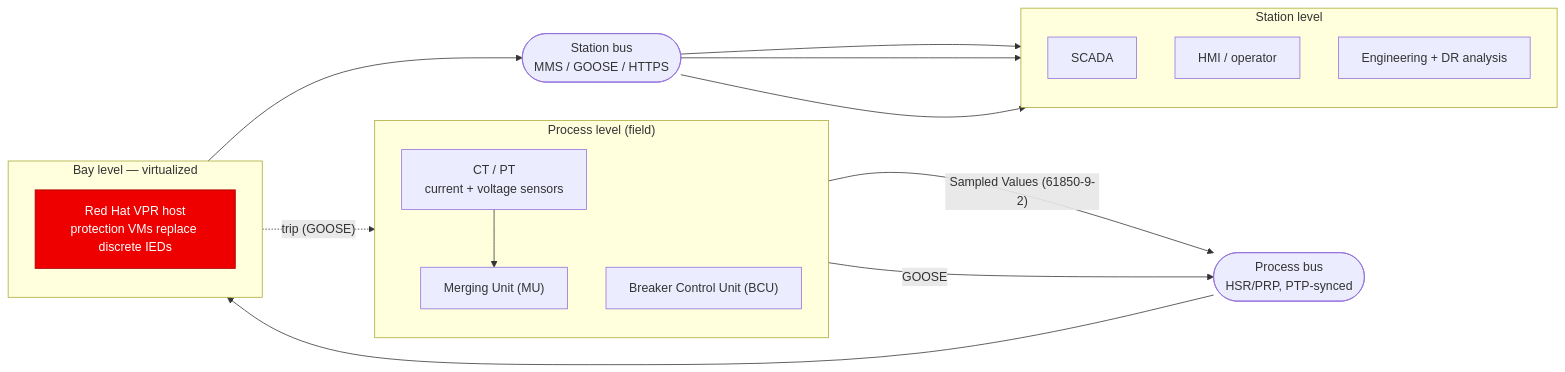
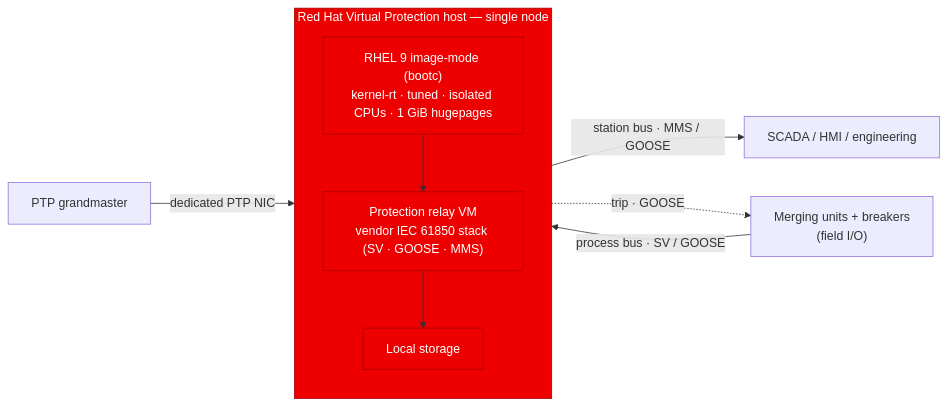
One commit to RedHatEdge/virtual-protection changed the first of 2 diagrams in REFERENCE-ARCHITECTURE.md. Above: the diagram before and after it, drawn with Mermaid. The commit also changed other lines of this file, not shown here.

First line of the commit message:
docs: refocus reference architecture on single-node and HA topologies

````diff
--- a/REFERENCE-ARCHITECTURE.md
+++ b/REFERENCE-ARCHITECTURE.md
@@ -23,34 +21,22 @@
 ```mermaid
 flowchart LR
-    subgraph FIELD["Process level (field)"]
+    MU["Merging units + breakers<br/>(field I/O)"]
+    OPS["SCADA / HMI / engineering"]
+    GM["PTP grandmaster"]
+
+    subgraph NODE["Red Hat Virtual Protection host — single node"]
         direction TB
-        CTPT["CT / PT<br/>current + voltage sensors"]
-        MU["Merging Unit (MU)"]
-        BCU["Breaker Control Unit (BCU)"]
-        CTPT --> MU
+        RT["RHEL 9 image-mode (bootc)<br/>kernel-rt · tuned · isolated CPUs · 1 GiB hugepages"]
+        RELAY["Protection relay VM<br/>vendor IEC 61850 stack (SV · GOOSE · MMS)"]
+        DISK["Local storage"]
+        RT --> RELAY --> DISK
     end
 
-    subgraph BAY["Bay level — virtualized"]
-        direction TB
-        HOST["Red Hat VPR host<br/>protection VMs replace discrete IEDs"]
-    end
-
-    subgraph STATION["Station level"]
-        direction TB
-        SCADA["SCADA"]
-        HMI["HMI / operator"]
-        ENG["Engineering + DR analysis"]
-    end
-
-    MU -- "Sampled Values (61850-9-2)" --> PB(["Process bus<br/>HSR/PRP, PTP-synced"])
-    BCU -- "GOOSE" --> PB
-    PB --> HOST
-    HOST --> SB(["Station bus<br/>MMS / GOOSE / HTTPS"])
-    SB --> SCADA
-    SB --> HMI
-    SB --> ENG
-    HOST -. "trip (GOOSE)" .-> BCU
+    MU -- "process bus · SV / GOOSE" --> RELAY
+    RELAY -- "station bus · MMS / GOOSE" --> OPS
+    GM -- "dedicated PTP NIC" --> RT
+    RELAY -. "trip · GOOSE" .-> MU
 
     classDef rh fill:#ee0000,stroke:#a30000,color:#fff;
-    class HOST rh;
+    class NODE,RT,RELAY,DISK rh;
 ```
````
